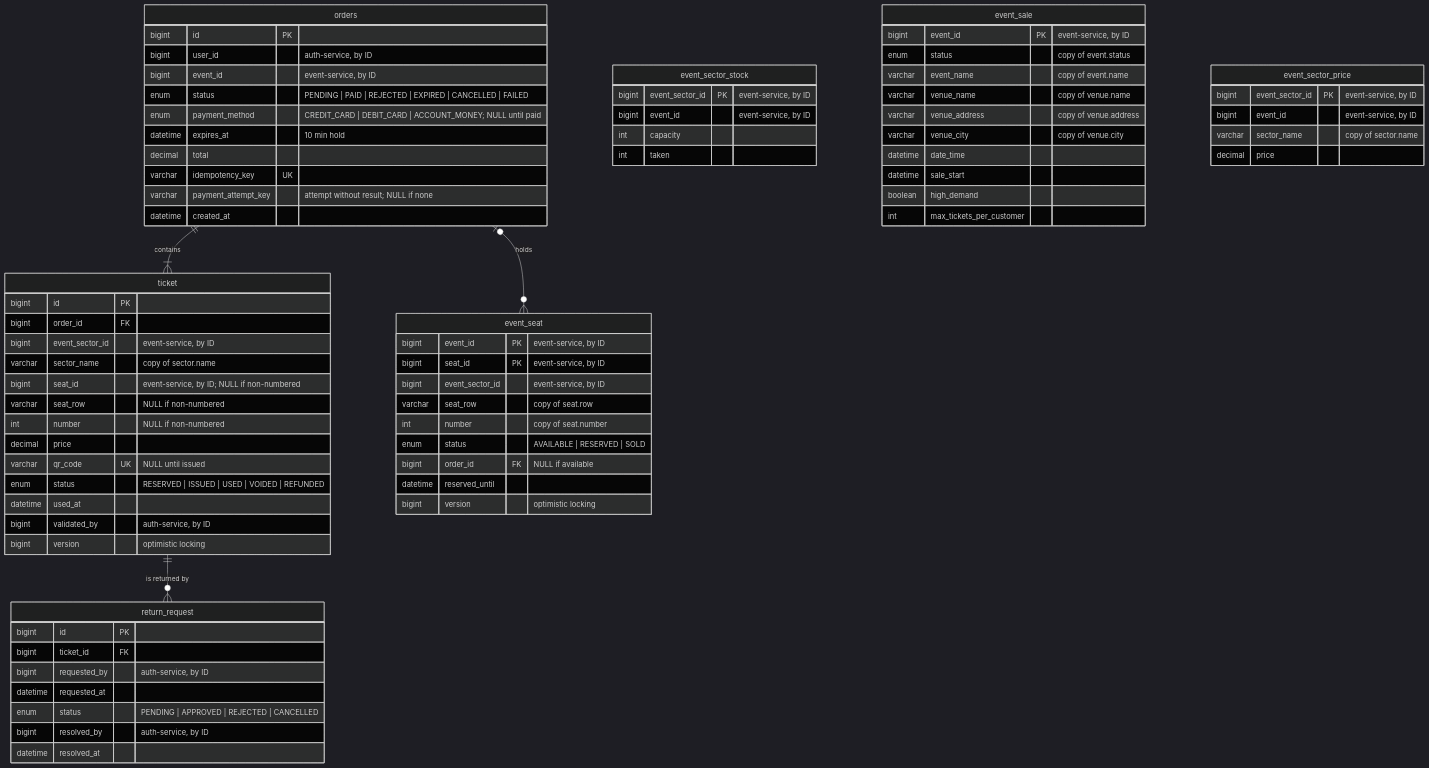
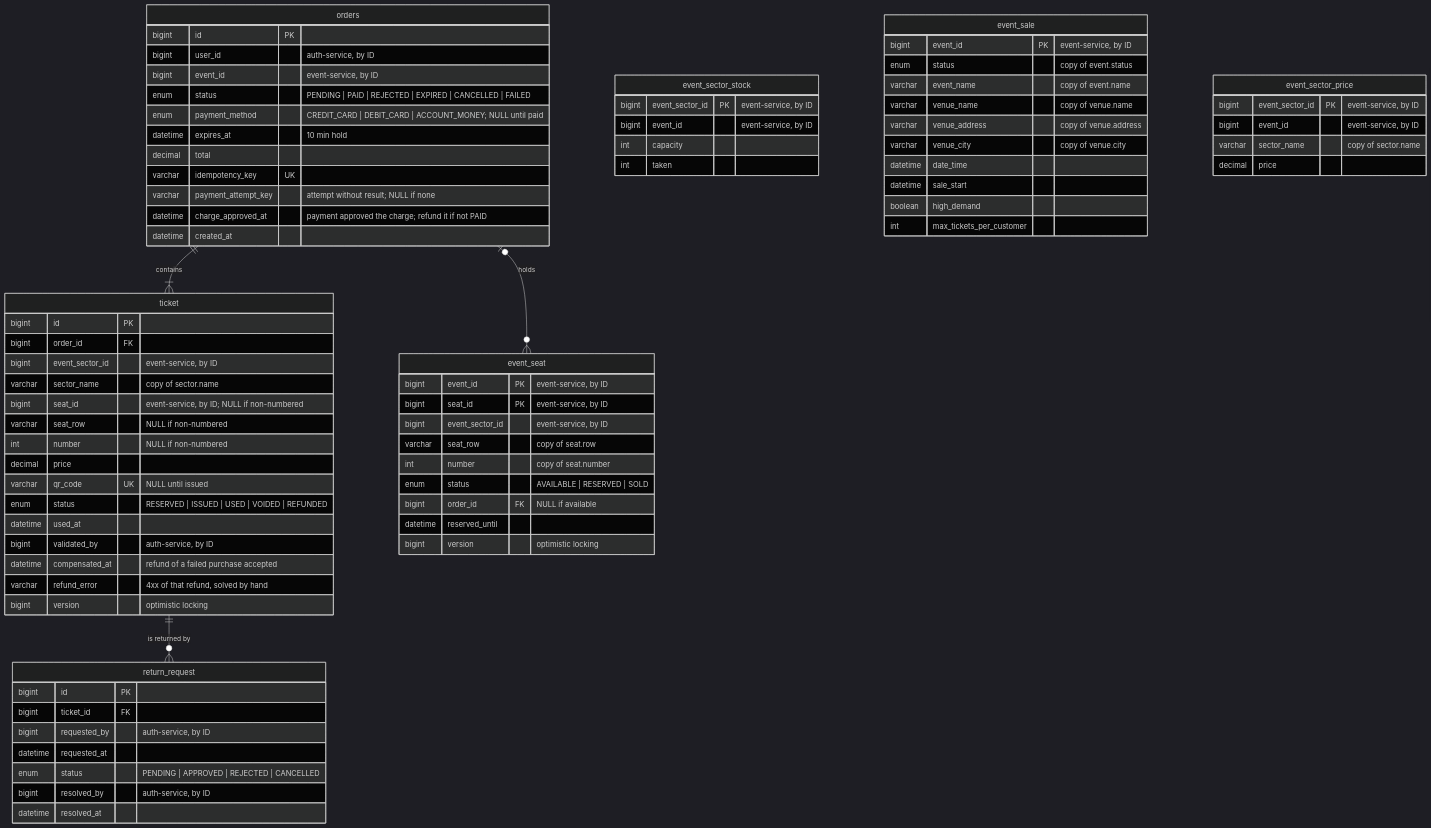
One commit to joaquinblock/TicketYa changed the diagram in docs/architecture/ticket-service.md. Above: the diagram before and after it, drawn with Mermaid (dark theme). The commit also changed other lines of this file and 4 other files, not shown here.

````diff
--- a/docs/architecture/ticket-service.md
+++ b/docs/architecture/ticket-service.md
@@ -9,78 +9,81 @@
 ```mermaid
 erDiagram
     orders ||--|{ ticket : "contains"
     orders |o--o{ event_seat : "holds"
     ticket ||--o{ return_request : "is returned by"
 
     orders {
         bigint id PK
         bigint user_id "auth-service, by ID"
         bigint event_id "event-service, by ID"
         enum status "PENDING | PAID | REJECTED | EXPIRED | CANCELLED | FAILED"
         enum payment_method "CREDIT_CARD | DEBIT_CARD | ACCOUNT_MONEY; NULL until paid"
         datetime expires_at "10 min hold"
         decimal total
         varchar idempotency_key UK
         varchar payment_attempt_key "attempt without result; NULL if none"
+        datetime charge_approved_at "payment approved the charge; refund it if not PAID"
         datetime created_at
     }
     event_seat {
         bigint event_id PK "event-service, by ID"
         bigint seat_id PK "event-service, by ID"
         bigint event_sector_id "event-service, by ID"
         varchar seat_row "copy of seat.row"
         int number "copy of seat.number"
         enum status "AVAILABLE | RESERVED | SOLD"
         bigint order_id FK "NULL if available"
         datetime reserved_until
         bigint version "optimistic locking"
     }
     event_sector_stock {
         bigint event_sector_id PK "event-service, by ID"
         bigint event_id "event-service, by ID"
         int capacity
         int taken
     }
     event_sale {
         bigint event_id PK "event-service, by ID"
         enum status "copy of event.status"
         varchar event_name "copy of event.name"
         varchar venue_name "copy of venue.name"
         varchar venue_address "copy of venue.address"
         varchar venue_city "copy of venue.city"
         datetime date_time
         datetime sale_start
         boolean high_demand
         int max_tickets_per_customer
     }
     event_sector_price {
         bigint event_sector_id PK "event-service, by ID"
         bigint event_id "event-service, by ID"
         varchar sector_name "copy of sector.name"
         decimal price
     }
     ticket {
         bigint id PK
         bigint order_id FK
         bigint event_sector_id "event-service, by ID"
         varchar sector_name "copy of sector.name"
         bigint seat_id "event-service, by ID; NULL if non-numbered"
         varchar seat_row "NULL if non-numbered"
         int number "NULL if non-numbered"
         decimal price
         varchar qr_code UK "NULL until issued"
         enum status "RESERVED | ISSUED | USED | VOIDED | REFUNDED"
         datetime used_at
         bigint validated_by "auth-service, by ID"
+        datetime compensated_at "refund of a failed purchase accepted"
+        varchar refund_error "4xx of that refund, solved by hand"
         bigint version "optimistic locking"
     }
     return_request {
         bigint id PK
         bigint ticket_id FK
         bigint requested_by "auth-service, by ID"
         datetime requested_at
         enum status "PENDING | APPROVED | REJECTED | CANCELLED"
         bigint resolved_by "auth-service, by ID"
         datetime resolved_at
     }
 ```
````
